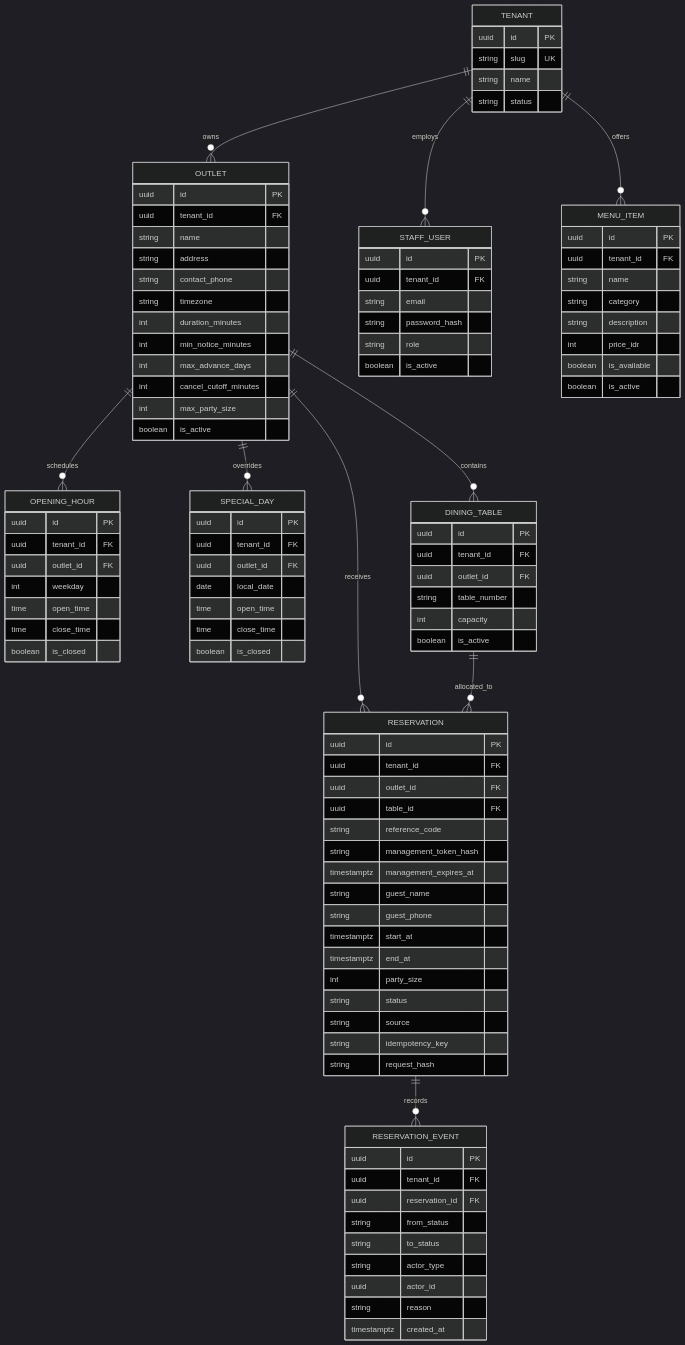
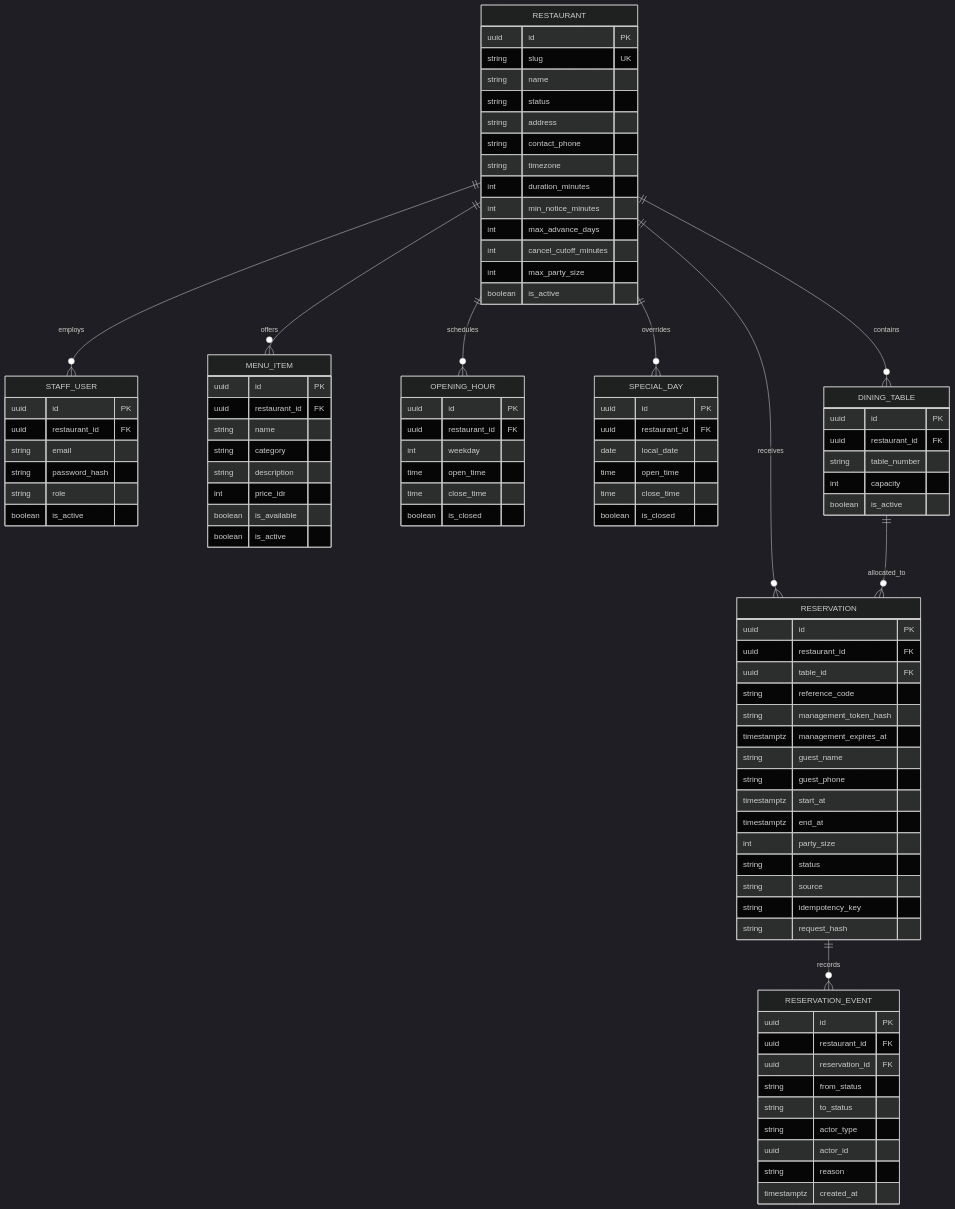
The fourth of 9 diagrams in PRD — Restaurant Assistant MVP.md (wisnufadhillah/Restaurant-Mulit-Tenant), drawn with Mermaid (dark theme) before and after one commit. The commit also changed other lines of this file and 2 other files, not shown here.

Commit message:
docs: align restaurant domain and chatbot flow

````diff
--- a/PRD — Restaurant Assistant MVP.md
+++ b/PRD — Restaurant Assistant MVP.md
@@ -255,25 +255,19 @@
 ```mermaid
 erDiagram
-    TENANT ||--o{ OUTLET : owns
-    TENANT ||--o{ STAFF_USER : employs
-    TENANT ||--o{ MENU_ITEM : offers
-    OUTLET ||--o{ OPENING_HOUR : schedules
-    OUTLET ||--o{ SPECIAL_DAY : overrides
-    OUTLET ||--o{ DINING_TABLE : contains
-    OUTLET ||--o{ RESERVATION : receives
+    RESTAURANT ||--o{ STAFF_USER : employs
+    RESTAURANT ||--o{ MENU_ITEM : offers
+    RESTAURANT ||--o{ OPENING_HOUR : schedules
+    RESTAURANT ||--o{ SPECIAL_DAY : overrides
+    RESTAURANT ||--o{ DINING_TABLE : contains
+    RESTAURANT ||--o{ RESERVATION : receives
     DINING_TABLE ||--o{ RESERVATION : allocated_to
     RESERVATION ||--o{ RESERVATION_EVENT : records
 
-    TENANT {
+    RESTAURANT {
         uuid id PK
         string slug UK
         string name
         string status
-    }
-    OUTLET {
-        uuid id PK
-        uuid tenant_id FK
-        string name
         string address
         string contact_phone
         string timezone
@@ -286,7 +280,7 @@
     }
     STAFF_USER {
         uuid id PK
-        uuid tenant_id FK
+        uuid restaurant_id FK
         string email
         string password_hash
         string role
@@ -294,7 +288,7 @@
     }
     MENU_ITEM {
         uuid id PK
-        uuid tenant_id FK
+        uuid restaurant_id FK
         string name
         string category
         string description
@@ -304,8 +298,7 @@
     }
     OPENING_HOUR {
         uuid id PK
-        uuid tenant_id FK
-        uuid outlet_id FK
+        uuid restaurant_id FK
         int weekday
         time open_time
         time close_time
@@ -313,8 +306,7 @@
     }
     SPECIAL_DAY {
         uuid id PK
-        uuid tenant_id FK
-        uuid outlet_id FK
+        uuid restaurant_id FK
         date local_date
         time open_time
         time close_time
@@ -322,16 +314,14 @@
     }
     DINING_TABLE {
         uuid id PK
-        uuid tenant_id FK
-        uuid outlet_id FK
+        uuid restaurant_id FK
         string table_number
         int capacity
         boolean is_active
     }
     RESERVATION {
         uuid id PK
-        uuid tenant_id FK
-        uuid outlet_id FK
+        uuid restaurant_id FK
         uuid table_id FK
         string reference_code
         string management_token_hash
@@ -348,7 +338,7 @@
     }
     RESERVATION_EVENT {
         uuid id PK
-        uuid tenant_id FK
+        uuid restaurant_id FK
         uuid reservation_id FK
         string from_status
         string to_status
````
